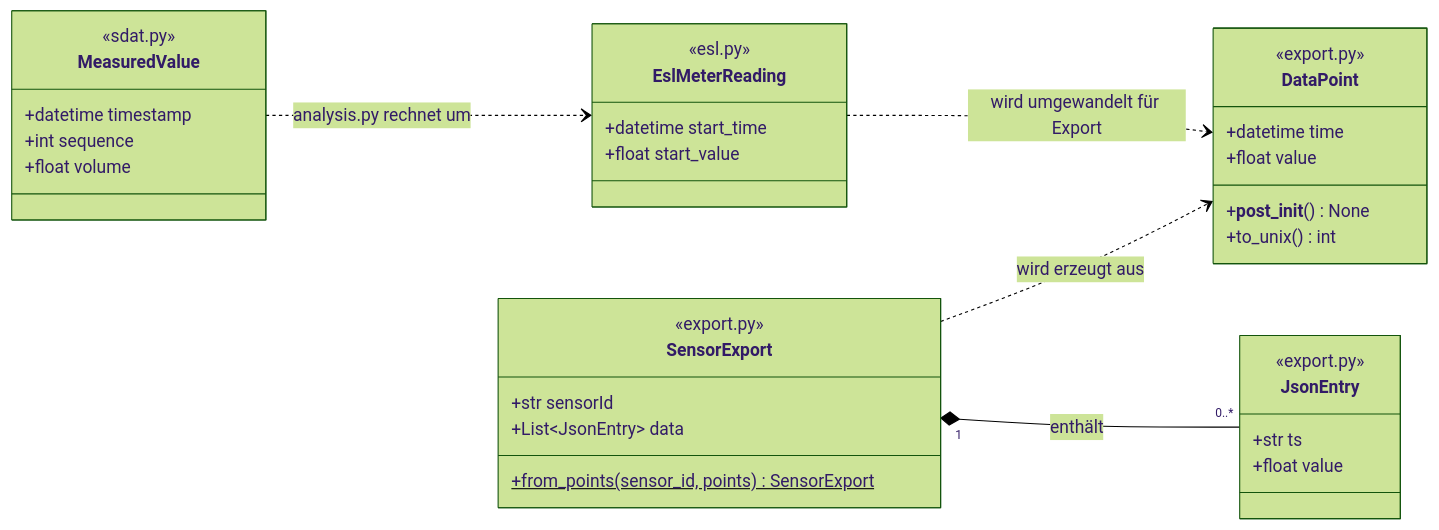
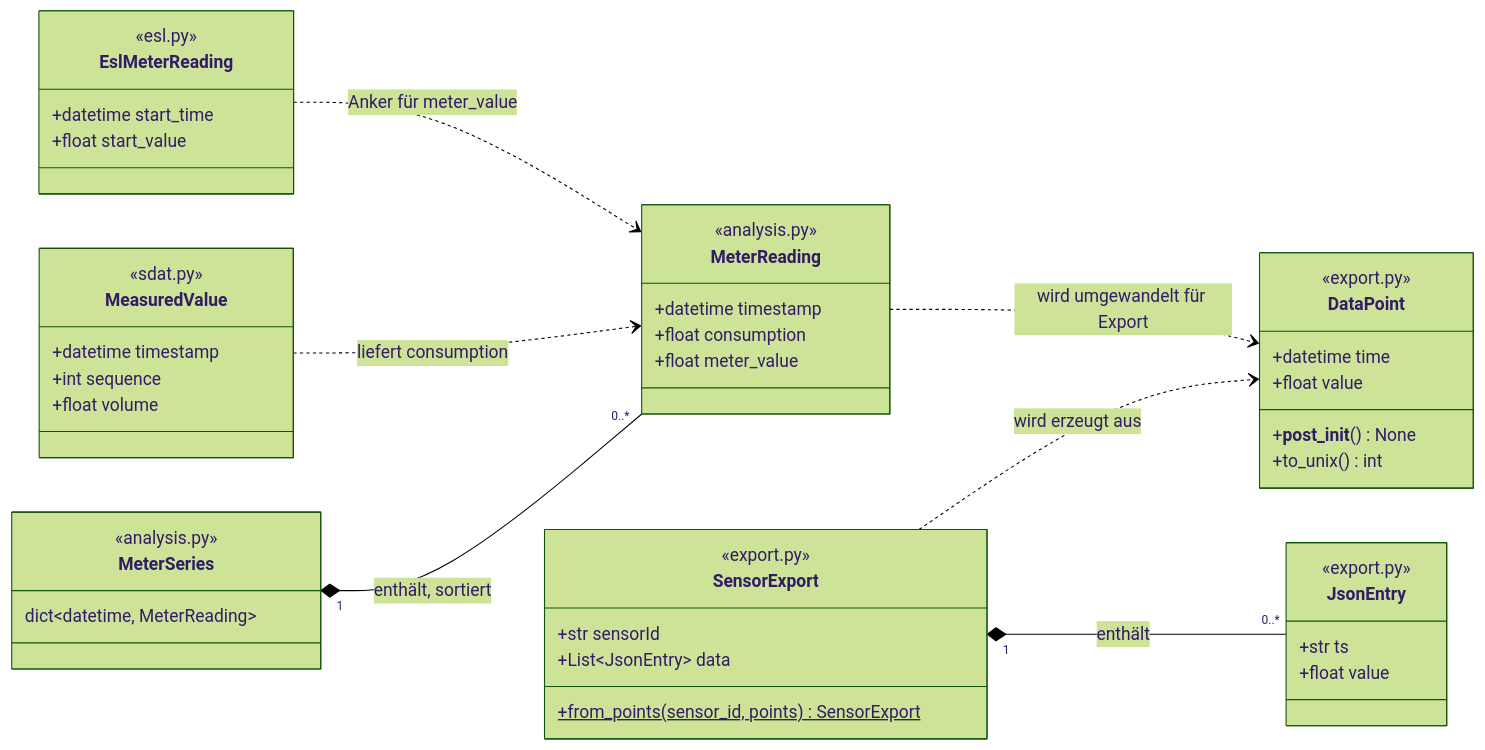
Before and after one commit to im24b-seminaral/volt-trace: the fourth of 13 diagrams in PYTHON.md, drawn with Mermaid (forest theme). The commit also changed other lines of this file and 9 other files, not shown here.

First line of the commit message:
Refactor meter reading model and analysis logic

````diff
--- a/PYTHON.md
+++ b/PYTHON.md
@@ -201,43 +201,57 @@
 ```mermaid
 classDiagram
     direction LR
 
     class MeasuredValue {
         <<sdat.py>>
         +datetime timestamp
         +int sequence
         +float volume
     }
 
     class EslMeterReading {
         <<esl.py>>
         +datetime start_time
         +float start_value
+    }
+
+    class MeterReading {
+        <<analysis.py>>
+        +datetime timestamp
+        +float consumption
+        +float meter_value
+    }
+
+    class MeterSeries {
+        <<analysis.py>>
+        dict~datetime, MeterReading~
     }
 
     class DataPoint {
         <<export.py>>
         +datetime time
         +float value
         +__post_init__() None
         +to_unix() int
     }
 
     class JsonEntry {
         <<export.py>>
         +str ts
         +float value
     }
 
     class SensorExport {
         <<export.py>>
         +str sensorId
         +List~JsonEntry~ data
         +from_points(sensor_id, points)$ SensorExport
     }
 
     SensorExport "1" *-- "0..*" JsonEntry : enthält
     SensorExport ..> DataPoint : wird erzeugt aus
-    MeasuredValue ..> EslMeterReading : analysis.py rechnet um
-    EslMeterReading ..> DataPoint : wird umgewandelt für Export
+    MeterSeries "1" *-- "0..*" MeterReading : enthält, sortiert
+    MeasuredValue ..> MeterReading : liefert consumption
+    EslMeterReading ..> MeterReading : Anker für meter_value
+    MeterReading ..> DataPoint : wird umgewandelt für Export
 ```
````
